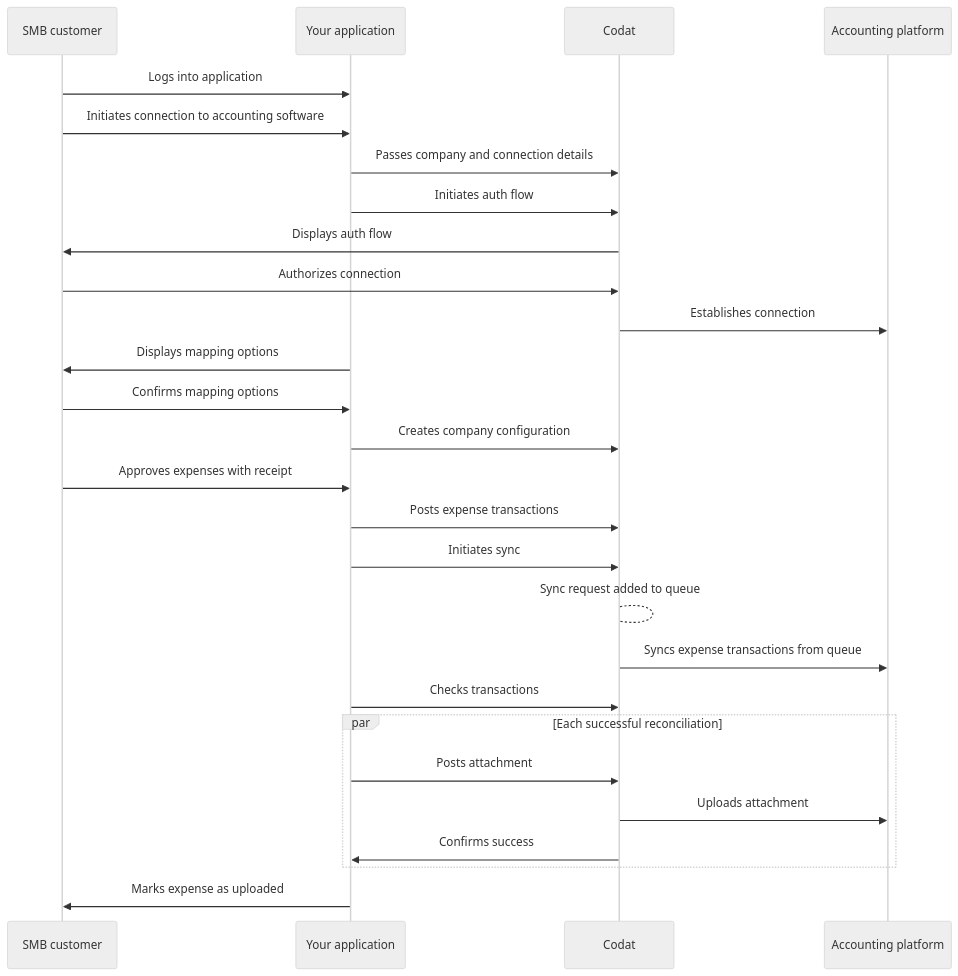
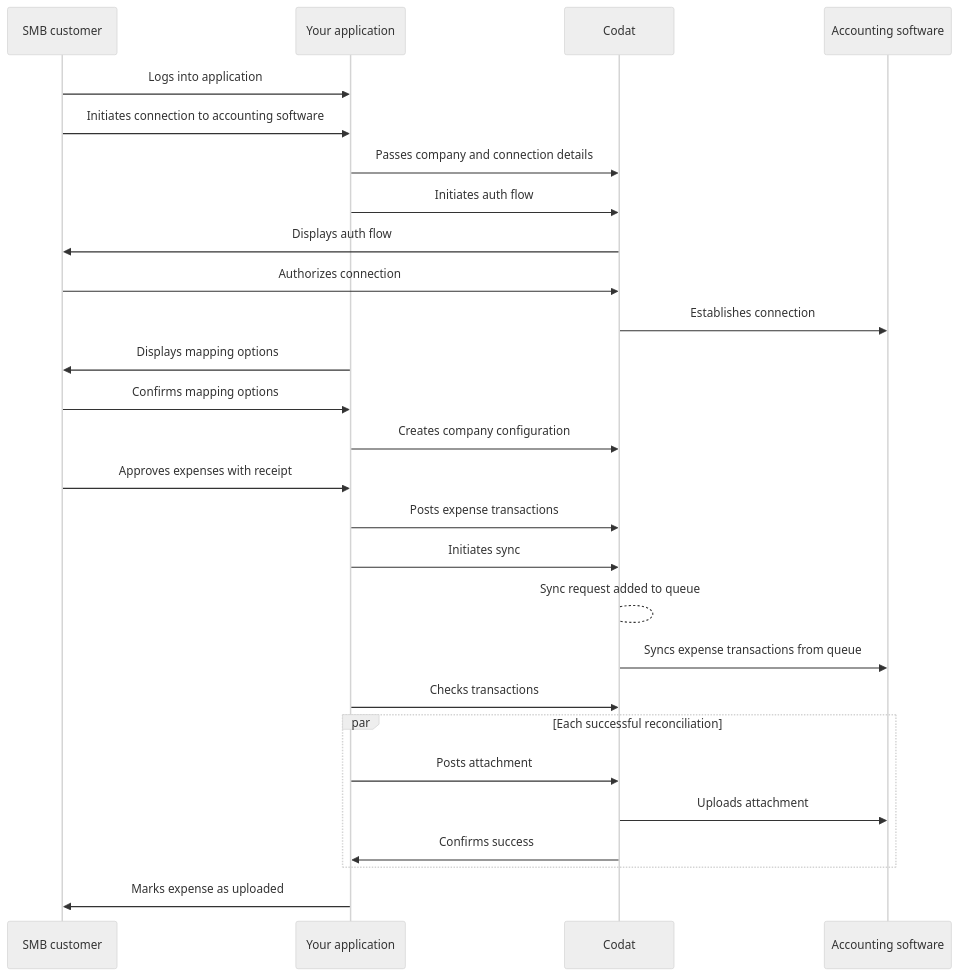
The diagram in docs/expenses/getting-started.md (codatio/codat-docs), drawn with Mermaid (neutral theme) before and after one commit. The commit also changed other lines of this file and 168 other files, not shown here.

````diff
--- a/docs/expenses/getting-started.md
+++ b/docs/expenses/getting-started.md
@@ -18,34 +18,34 @@
 ```mermaid
 
 sequenceDiagram
     participant smb as SMB customer
     participant app as Your application 
     participant codat as Codat
-    participant acctg as Accounting platform
+    participant acctg as Accounting software
     
     smb ->> app: Logs into application
     smb ->> app: Initiates connection to accounting software
 
     app ->> codat: Passes company and connection details
     app ->> codat: Initiates auth flow
     codat ->> smb: Displays auth flow
     smb ->> codat: Authorizes connection
     codat ->> acctg: Establishes connection
     
     app ->> smb: Displays mapping options
     smb ->> app: Confirms mapping options
     app ->> codat: Creates company configuration
 
     smb ->> app: Approves expenses with receipt
     app ->> codat: Posts expense transactions
     app ->> codat: Initiates sync
     codat --> codat: Sync request added to queue
     codat ->> acctg: Syncs expense transactions from queue
     app ->> codat: Checks transactions
       par Each successful reconciliation
       app ->> codat: Posts attachment
       codat ->> acctg: Uploads attachment
       codat ->> app: Confirms success
       end
     app ->> smb: Marks expense as uploaded
 ```
````
